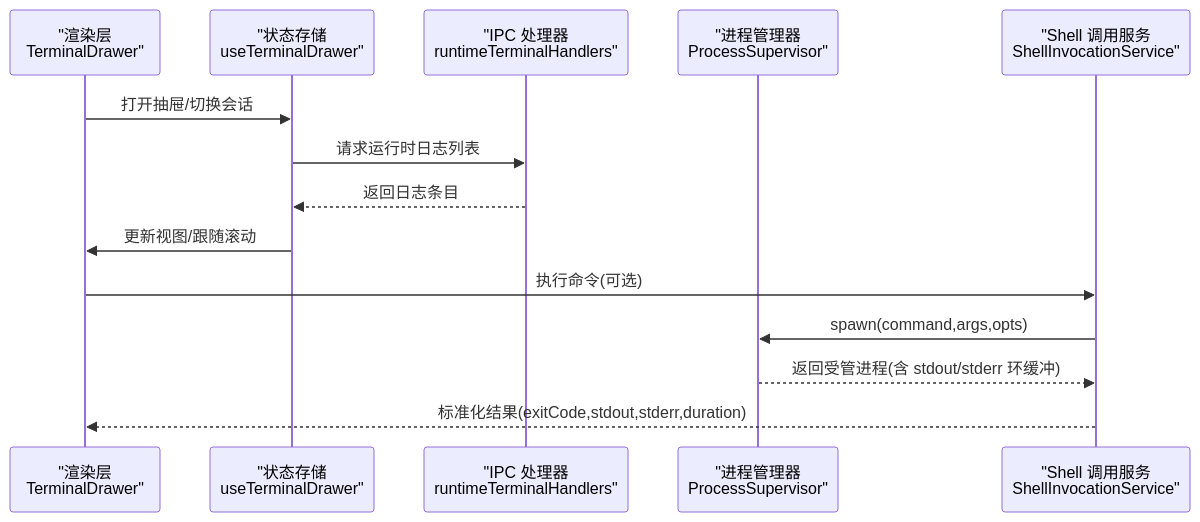
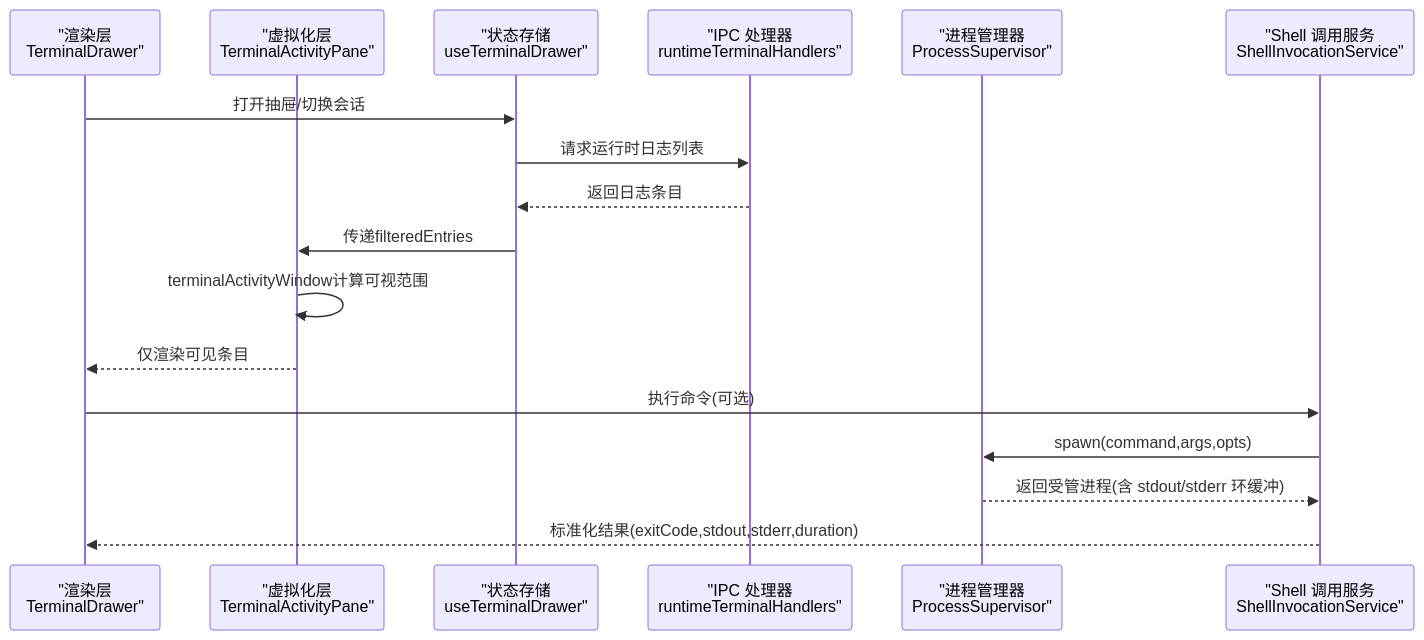
The second of 9 diagrams in .qoder/repowiki/zh/content/用户界面/终端抽屉.md (haolange/RDC-Agent), drawn with Mermaid before and after one commit. The commit also changed other lines of this file and 90 other files, not shown here.

````diff
--- a/.qoder/repowiki/zh/content/用户界面/终端抽屉.md
+++ b/.qoder/repowiki/zh/content/用户界面/终端抽屉.md
@@ -99,16 +121,19 @@
 ```mermaid
 sequenceDiagram
 participant UI as "渲染层<br/>TerminalDrawer"
+participant Virtual as "虚拟化层<br/>TerminalActivityPane"
 participant Store as "状态存储<br/>useTerminalDrawer"
 participant IPC as "IPC 处理器<br/>runtimeTerminalHandlers"
 participant PS as "进程管理器<br/>ProcessSupervisor"
 participant SIS as "Shell 调用服务<br/>ShellInvocationService"
 UI->>Store : 打开抽屉/切换会话
 Store->>IPC : 请求运行时日志列表
 IPC-->>Store : 返回日志条目
-Store->>UI : 更新视图/跟随滚动
+Store->>Virtual : 传递filteredEntries
+Virtual->>Virtual : terminalActivityWindow计算可视范围
+Virtual-->>UI : 仅渲染可见条目
 UI->>SIS : 执行命令(可选)
 SIS->>PS : spawn(command,args,opts)
 PS-->>SIS : 返回受管进程(含 stdout/stderr 环缓冲)
 SIS-->>UI : 标准化结果(exitCode,stdout,stderr,duration)
 ```
````
